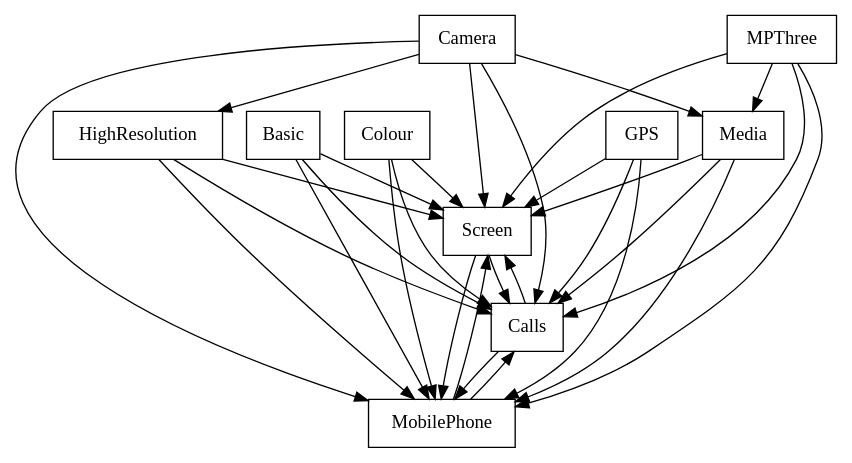
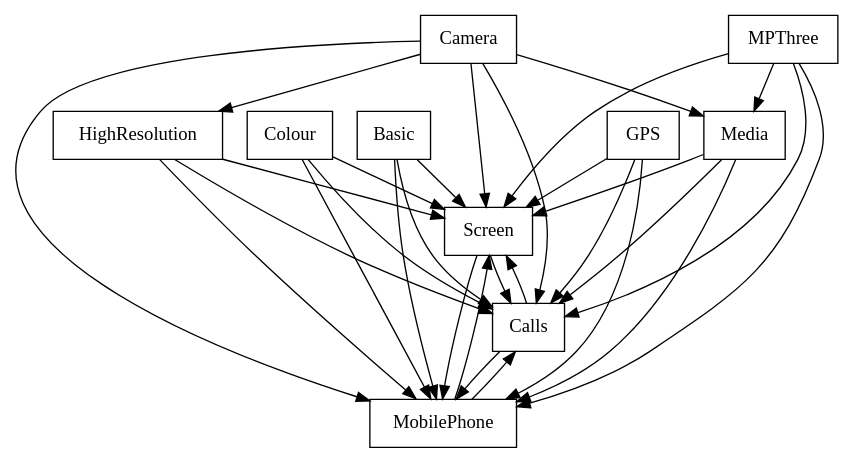
One commit to FAMILIAR-project/familiar-language changed the diagram in FAMILIAR/output/SPLOT-big/fm_124_model_20120110_1094246588.xml.dot. Above: the diagram before and after it, drawn with Graphviz. The commit also changed 179 other files, not shown here.

```diff
--- a/FAMILIAR/output/SPLOT-big/fm_124_model_20120110_1094246588.xml.dot
+++ b/FAMILIAR/output/SPLOT-big/fm_124_model_20120110_1094246588.xml.dot
@@ -1,45 +1,45 @@
 digraph{
 graph [rankdir=TB];
 node [shape=box];
 edge [arrowhead=normal];
-0[label="Basic",]
+0[label="Colour",]
 1[label="Screen",]
-2[label="Colour",]
+2[label="Basic",]
 3[label="Media",]
 4[label="Camera",]
 5[label="MPThree",]
 6[label="Calls",]
 7[label="GPS",]
 8[label="MobilePhone",]
 9[label="HighResolution",]
 0->1[label="",]
 0->6[label="",]
 0->8[label="",]
 1->6[label="",]
 1->8[label="",]
 2->1[label="",]
 2->6[label="",]
 2->8[label="",]
 3->1[label="",]
 3->6[label="",]
 3->8[label="",]
 4->1[label="",]
 4->3[label="",]
 4->6[label="",]
 4->8[label="",]
 4->9[label="",]
 5->1[label="",]
 5->3[label="",]
 5->6[label="",]
 5->8[label="",]
 6->1[label="",]
 6->8[label="",]
 7->1[label="",]
 7->6[label="",]
 7->8[label="",]
 8->1[label="",]
 8->6[label="",]
 9->1[label="",]
 9->6[label="",]
 9->8[label="",]
 }
```
